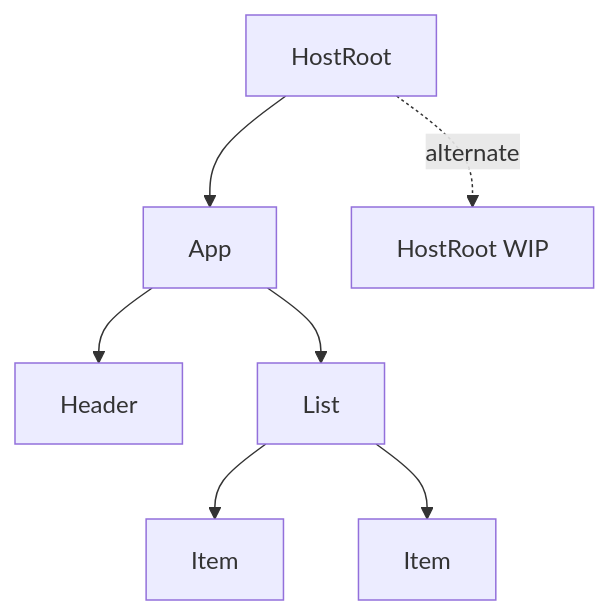
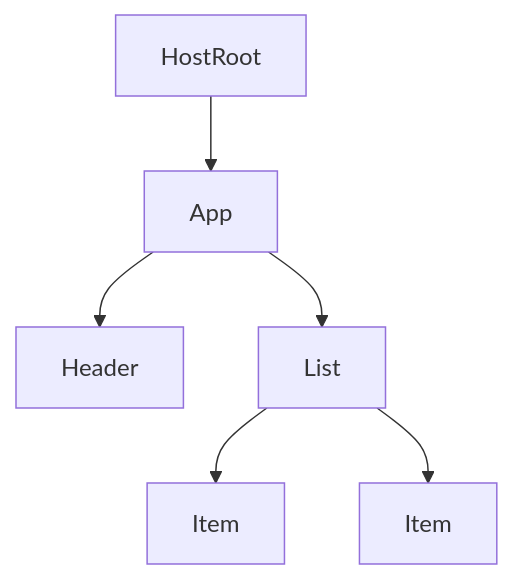
One commit to ashishxcode/frontend-internals changed the first of 2 diagrams in packages/content/content/04-react-fiber.mdx. Above: the diagram before and after it, drawn with Mermaid. The commit also changed other lines of this file and 34 other files, not shown here.

````diff
--- a/packages/content/content/04-react-fiber.mdx
+++ b/packages/content/content/04-react-fiber.mdx
@@ -72,9 +40,8 @@
 ```mermaid
 graph TD
   R[HostRoot] --> A[App]
   A --> H[Header]
   A --> L[List]
   L --> I1[Item]
   L --> I2[Item]
-  R -. alternate .-> R2[HostRoot WIP]
 ```
````
